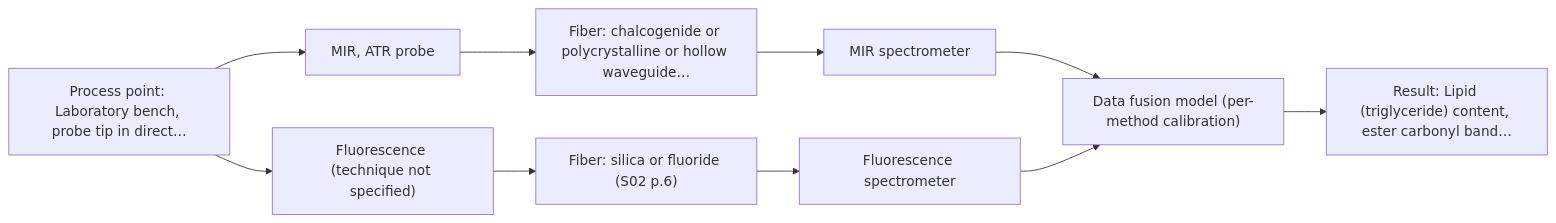
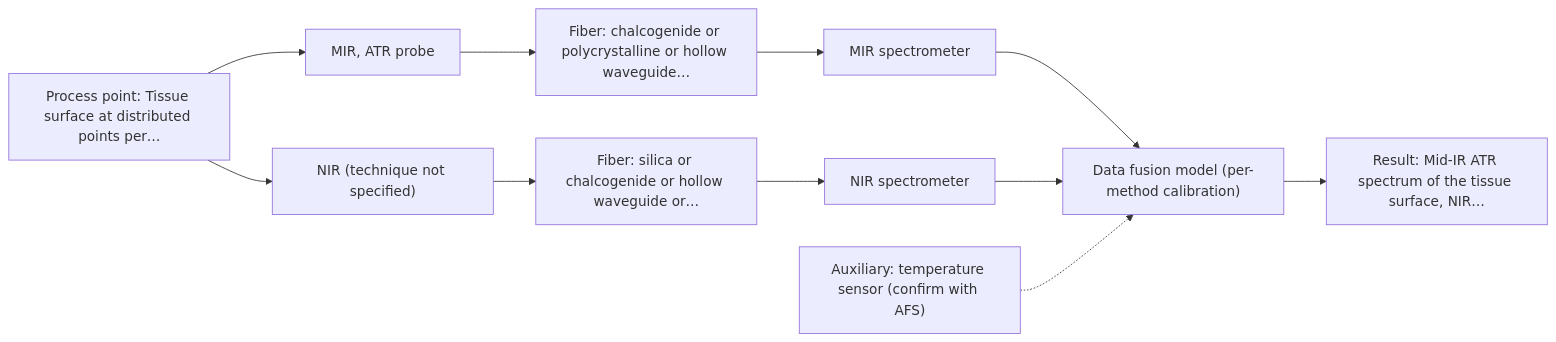
One commit to sleipnir029/Afs-Spectroscopy-Assistant changed the second of 2 diagrams in outputs/dev/D08.md. Above: the diagram before and after it, drawn with Mermaid. The commit also changed other lines of this file and 15 other files, not shown here.

Commit message:
3.R2 dev run outputs: 8/8 complete, 0 hard failures, 227/227 citations, 14/14 charts

````diff
--- a/outputs/dev/D08.md
+++ b/outputs/dev/D08.md
@@ -55,21 +62,23 @@
 ```mermaid
 flowchart LR
-    proc["Process point: Laboratory bench, probe tip in direct…"]
+    proc["Process point: Tissue surface at distributed points per…"]
     probe1["MIR, ATR probe"]
     fiber1["Fiber: chalcogenide or polycrystalline or hollow waveguide…"]
     spec1["MIR spectrometer"]
-    probe2["Fluorescence (technique not specified)"]
-    fiber2["Fiber: silica or fluoride (S02 p.6)"]
-    spec2["Fluorescence spectrometer"]
+    probe2["NIR (technique not specified)"]
+    fiber2["Fiber: silica or chalcogenide or hollow waveguide or…"]
+    spec2["NIR spectrometer"]
     model["Data fusion model (per-method calibration)"]
-    result["Result: Lipid (triglyceride) content, ester carbonyl band…"]
+    result["Result: Mid-IR ATR spectrum of the tissue surface, NIR…"]
+    aux1["Auxiliary: temperature sensor (confirm with AFS)"]
     proc --> probe1
     probe1 --> fiber1
     fiber1 --> spec1
     spec1 --> model
     proc --> probe2
     probe2 --> fiber2
     fiber2 --> spec2
     spec2 --> model
     model --> result
+    aux1 -.-> model
 ```
````
